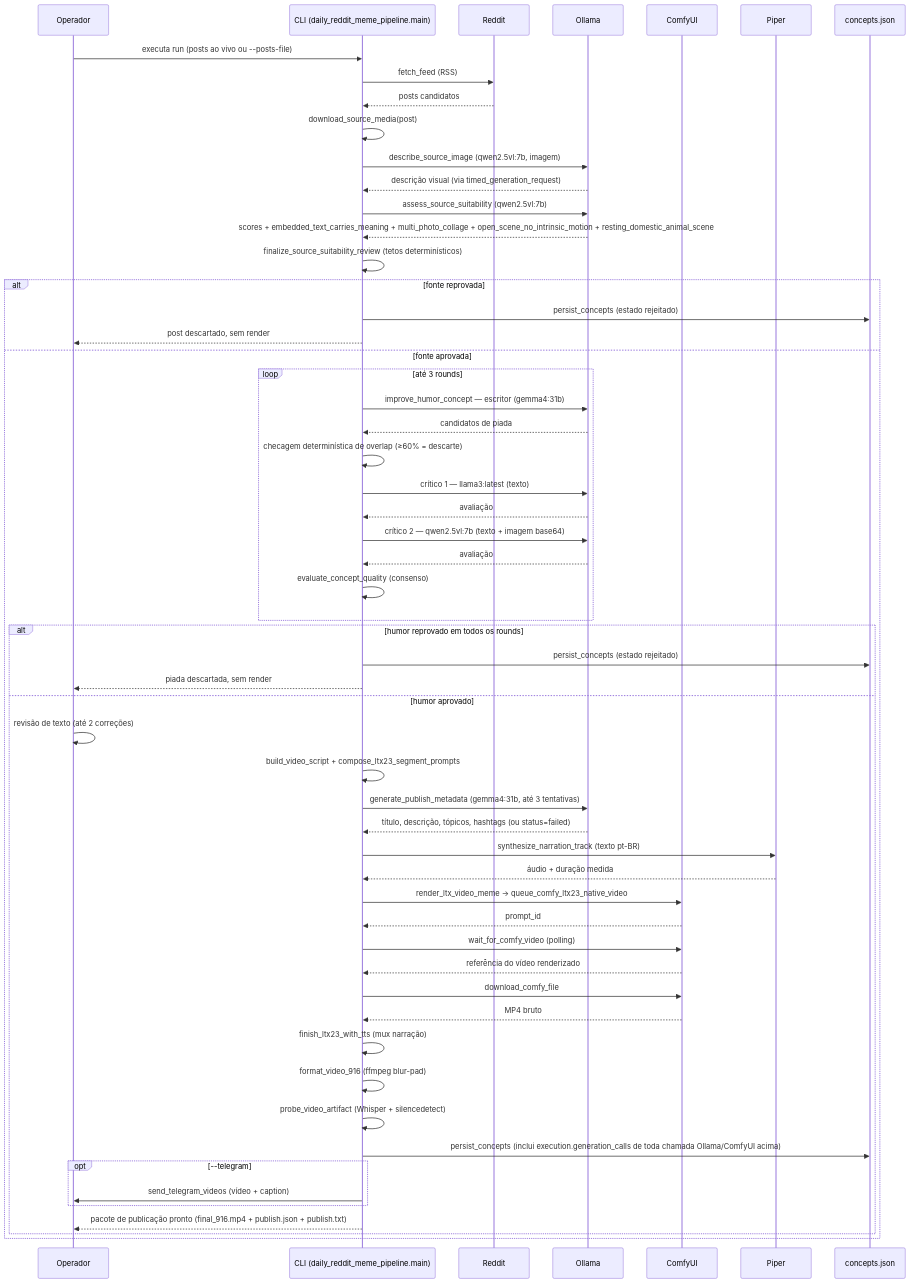
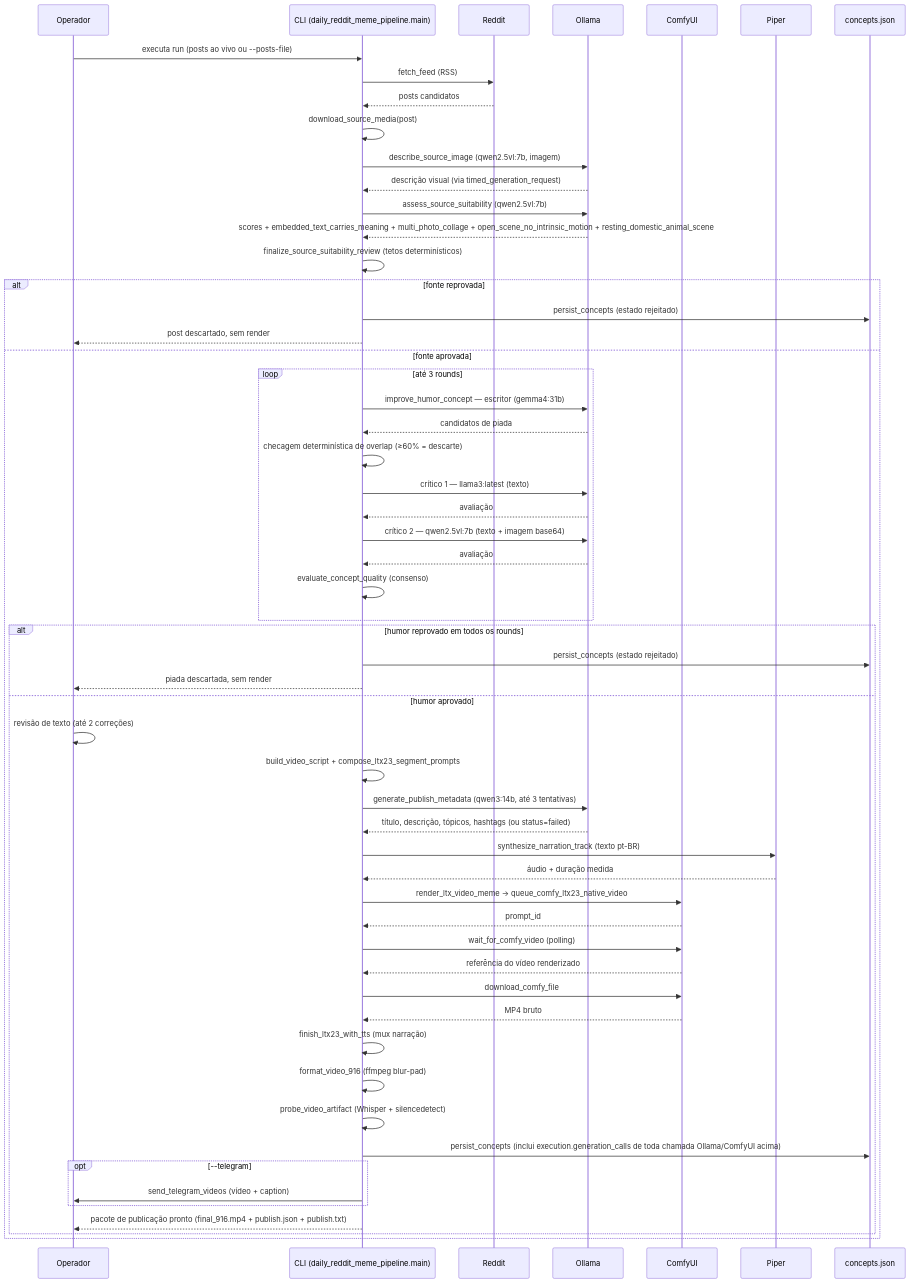
The third of 3 diagrams in docs/c4-model.md (fabianobr/media-meme-pipeline), drawn with Mermaid before and after one commit. The commit also changed other lines of this file and 4 other files, not shown here.

First line of the commit message:
feat: switch --publish-model default from gemma4:31b to qwen3:14b

````diff
--- a/docs/c4-model.md
+++ b/docs/c4-model.md
@@ -110,71 +110,71 @@
 ```mermaid
 sequenceDiagram
     participant Operador
     participant CLI as CLI (daily_reddit_meme_pipeline.main)
     participant Reddit
     participant Ollama
     participant ComfyUI
     participant Piper
     participant ConceptsJSON as concepts.json
 
     Operador->>CLI: executa run (posts ao vivo ou --posts-file)
     CLI->>Reddit: fetch_feed (RSS)
     Reddit-->>CLI: posts candidatos
     CLI->>CLI: download_source_media(post)
 
     CLI->>Ollama: describe_source_image (qwen2.5vl:7b, imagem)
     Ollama-->>CLI: descrição visual (via timed_generation_request)
 
     CLI->>Ollama: assess_source_suitability (qwen2.5vl:7b)
     Ollama-->>CLI: scores + embedded_text_carries_meaning + multi_photo_collage + open_scene_no_intrinsic_motion + resting_domestic_animal_scene
     CLI->>CLI: finalize_source_suitability_review (tetos determinísticos)
 
     alt fonte reprovada
         CLI->>ConceptsJSON: persist_concepts (estado rejeitado)
         CLI-->>Operador: post descartado, sem render
     else fonte aprovada
         loop até 3 rounds
             CLI->>Ollama: improve_humor_concept — escritor (gemma4:31b)
             Ollama-->>CLI: candidatos de piada
             CLI->>CLI: checagem determinística de overlap (≥60% = descarte)
             CLI->>Ollama: crítico 1 — llama3:latest (texto)
             Ollama-->>CLI: avaliação
             CLI->>Ollama: crítico 2 — qwen2.5vl:7b (texto + imagem base64)
             Ollama-->>CLI: avaliação
             CLI->>CLI: evaluate_concept_quality (consenso)
         end
 
         alt humor reprovado em todos os rounds
             CLI->>ConceptsJSON: persist_concepts (estado rejeitado)
             CLI-->>Operador: piada descartada, sem render
         else humor aprovado
             Operador->>Operador: revisão de texto (até 2 correções)
             CLI->>CLI: build_video_script + compose_ltx23_segment_prompts
 
-            CLI->>Ollama: generate_publish_metadata (gemma4:31b, até 3 tentativas)
+            CLI->>Ollama: generate_publish_metadata (qwen3:14b, até 3 tentativas)
             Ollama-->>CLI: título, descrição, tópicos, hashtags (ou status=failed)
 
             CLI->>Piper: synthesize_narration_track (texto pt-BR)
             Piper-->>CLI: áudio + duração medida
 
             CLI->>ComfyUI: render_ltx_video_meme → queue_comfy_ltx23_native_video
             ComfyUI-->>CLI: prompt_id
             CLI->>ComfyUI: wait_for_comfy_video (polling)
             ComfyUI-->>CLI: referência do vídeo renderizado
             CLI->>ComfyUI: download_comfy_file
             ComfyUI-->>CLI: MP4 bruto
 
             CLI->>CLI: finish_ltx23_with_tts (mux narração)
             CLI->>CLI: format_video_916 (ffmpeg blur-pad)
             CLI->>CLI: probe_video_artifact (Whisper + silencedetect)
 
             CLI->>ConceptsJSON: persist_concepts (inclui execution.generation_calls de toda chamada Ollama/ComfyUI acima)
 
             opt --telegram
                 CLI->>Operador: send_telegram_videos (vídeo + caption)
             end
 
             CLI-->>Operador: pacote de publicação pronto (final_916.mp4 + publish.json + publish.txt)
         end
     end
 ```
````
